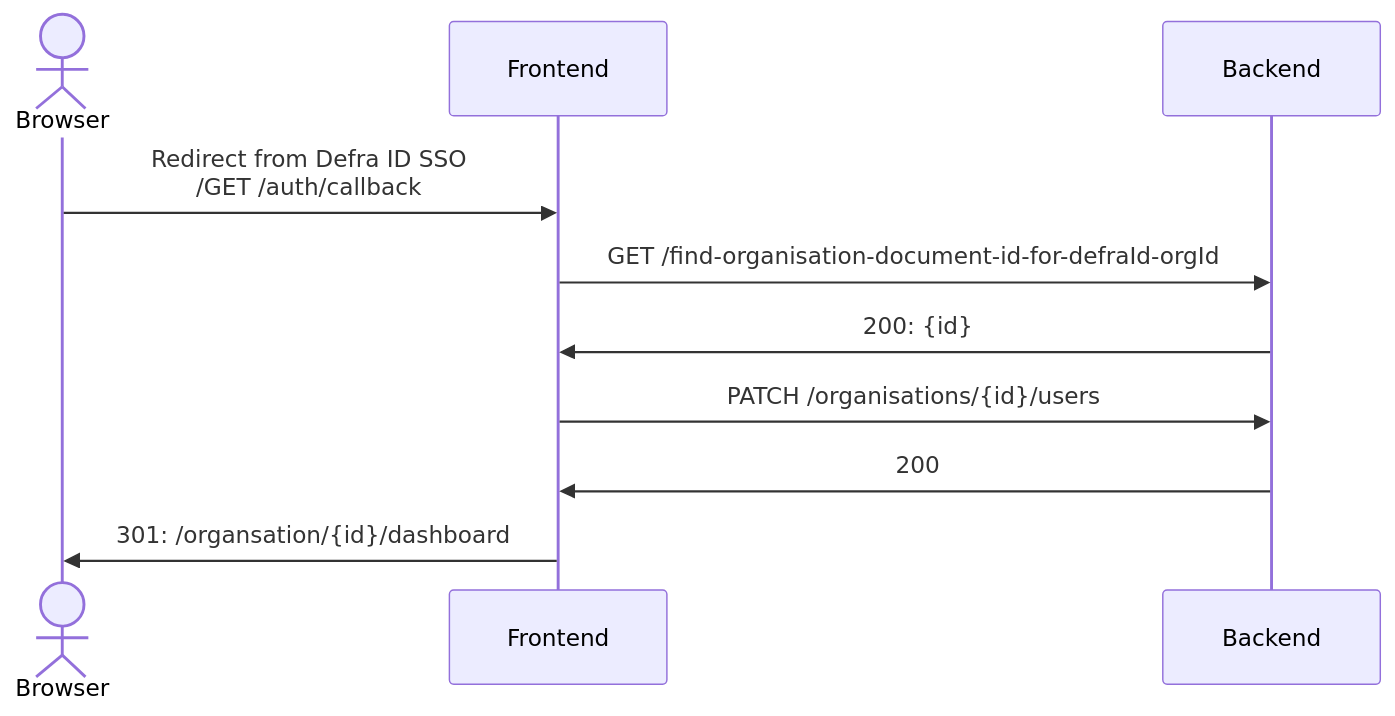
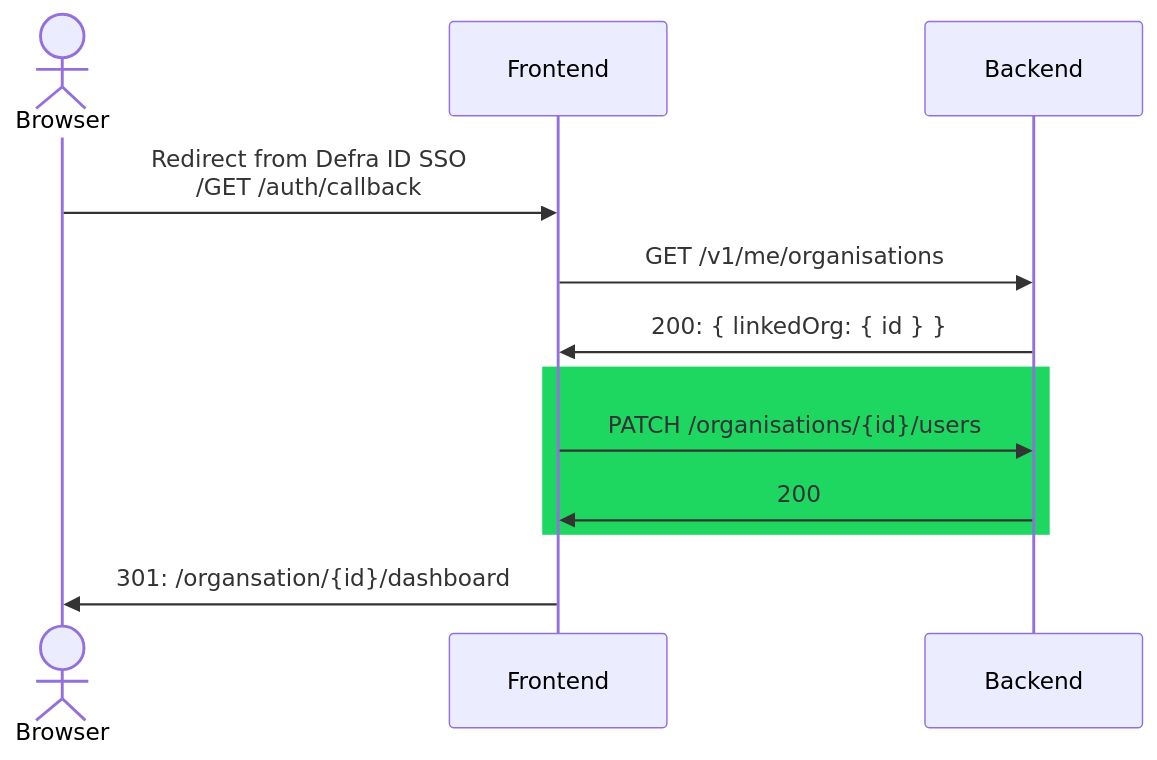
The first of 2 diagrams in docs/tmp-simplification-proposal.md (DEFRA/epr-re-ex-service), drawn with Mermaid before and after one commit. The commit also changed other lines of this file, not shown here.

````diff
--- a/docs/tmp-simplification-proposal.md
+++ b/docs/tmp-simplification-proposal.md
@@ -17,15 +16,17 @@
 ```mermaid
 
 sequenceDiagram
 actor Browser
 participant Frontend
 participant Backend
 
 Browser->>Frontend: Redirect from Defra ID SSO<br/>/GET /auth/callback
-Frontend->>Backend: GET /find-organisation-document-id-for-defraId-orgId
-Backend->>Frontend: 200: {id}
+Frontend->>Backend: GET /v1/me/organisations
+Backend->>Frontend: 200: { linkedOrg: { id } }
+rect rgb(30, 215, 96)
 Frontend->>Backend: PATCH /organisations/{id}/users
 Backend->>Frontend: 200
+end
 Frontend->>Browser: 301: /organsation/{id}/dashboard
 
 ```
````
